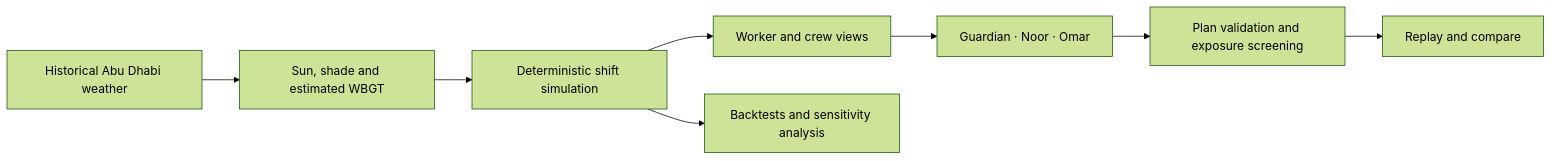
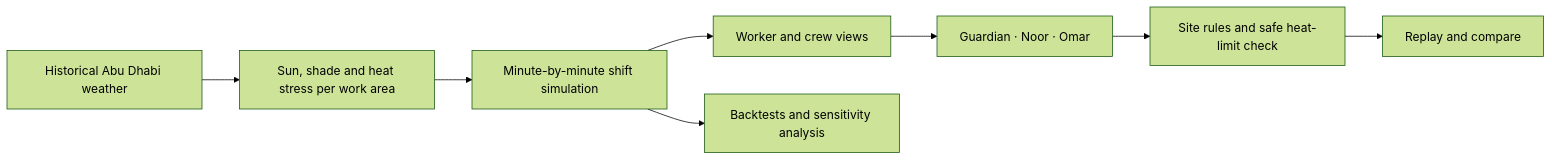
The diagram in README.md (mk-tdev/heatline), drawn with Mermaid (forest theme) before and after one commit. The commit also changed other lines of this file and 26 other files, not shown here.

````diff
--- a/README.md
+++ b/README.md
@@ -106,10 +108,10 @@
 ```mermaid
 flowchart LR
-    Weather[Historical Abu Dhabi weather] --> Environment[Sun, shade and estimated WBGT]
-    Environment --> Simulation[Deterministic shift simulation]
+    Weather[Historical Abu Dhabi weather] --> Environment[Sun, shade and heat stress per work area]
+    Environment --> Simulation[Minute-by-minute shift simulation]
     Simulation --> Roles[Worker and crew views]
     Roles --> Assistants[Guardian · Noor · Omar]
-    Assistants --> Checks[Plan validation and exposure screening]
+    Assistants --> Checks[Site rules and safe heat-limit check]
     Checks --> Replay[Replay and compare]
     Simulation --> Evidence[Backtests and sensitivity analysis]
 ```
````
